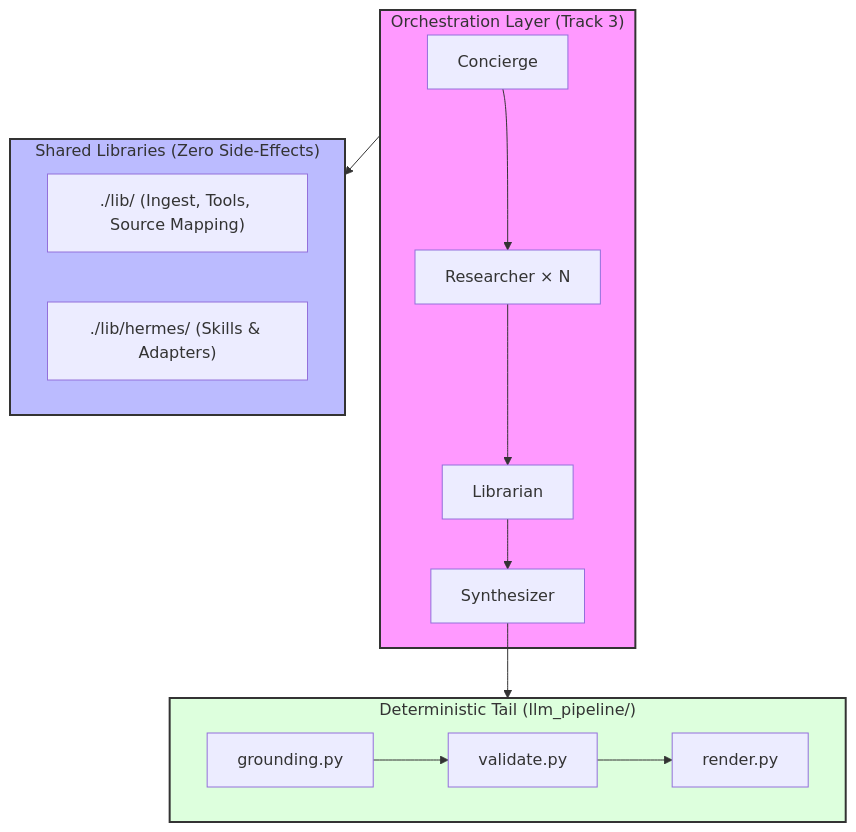
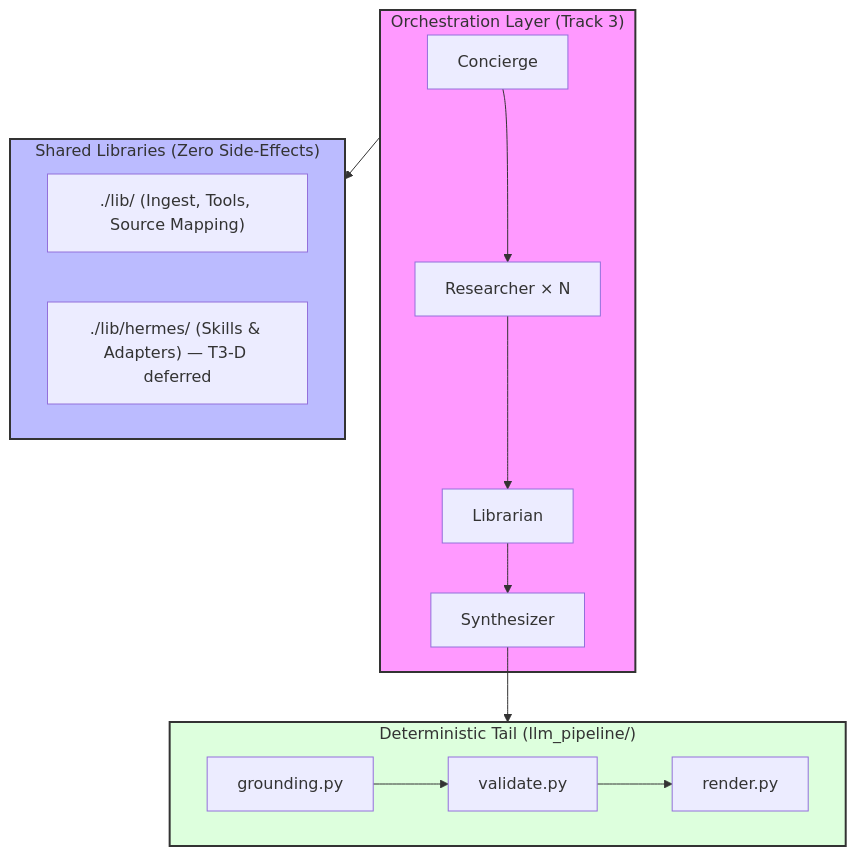
One commit to mameen/AI_Digest changed the first of 3 diagrams in agentic/hermes/docs/ARCHITECTURE.md. Above: the diagram before and after it, drawn with Mermaid. The commit also changed other lines of this file and 4 other files, not shown here.

````diff
--- a/agentic/hermes/docs/ARCHITECTURE.md
+++ b/agentic/hermes/docs/ARCHITECTURE.md
@@ -11,25 +11,25 @@
 ```mermaid
 flowchart TD
     subgraph Orchestration["Orchestration Layer (Track 3)"]
         A[Concierge] --> B[Researcher × N]
         B --> C[Librarian]
         C --> D[Synthesizer]
     end
 
     subgraph SharedLibs["Shared Libraries (Zero Side-Effects)"]
         E["./lib/ (Ingest, Tools, Source Mapping)"]
-        F["./lib/hermes/ (Skills & Adapters)"]
+        F["./lib/hermes/ (Skills & Adapters) — T3-D deferred"]
     end
 
     subgraph Tail["Deterministic Tail (llm_pipeline/)"]
         G[grounding.py] --> H[validate.py] --> I[render.py]
     end
 
     Orchestration --> SharedLibs
     D --> Tail
 
     style Orchestration fill:#f9f,stroke:#333,stroke-width:2px
     style SharedLibs fill:#bbf,stroke:#333,stroke-width:2px
     style Tail fill:#dfd,stroke:#333,stroke-width:2px
 
 ```
````
